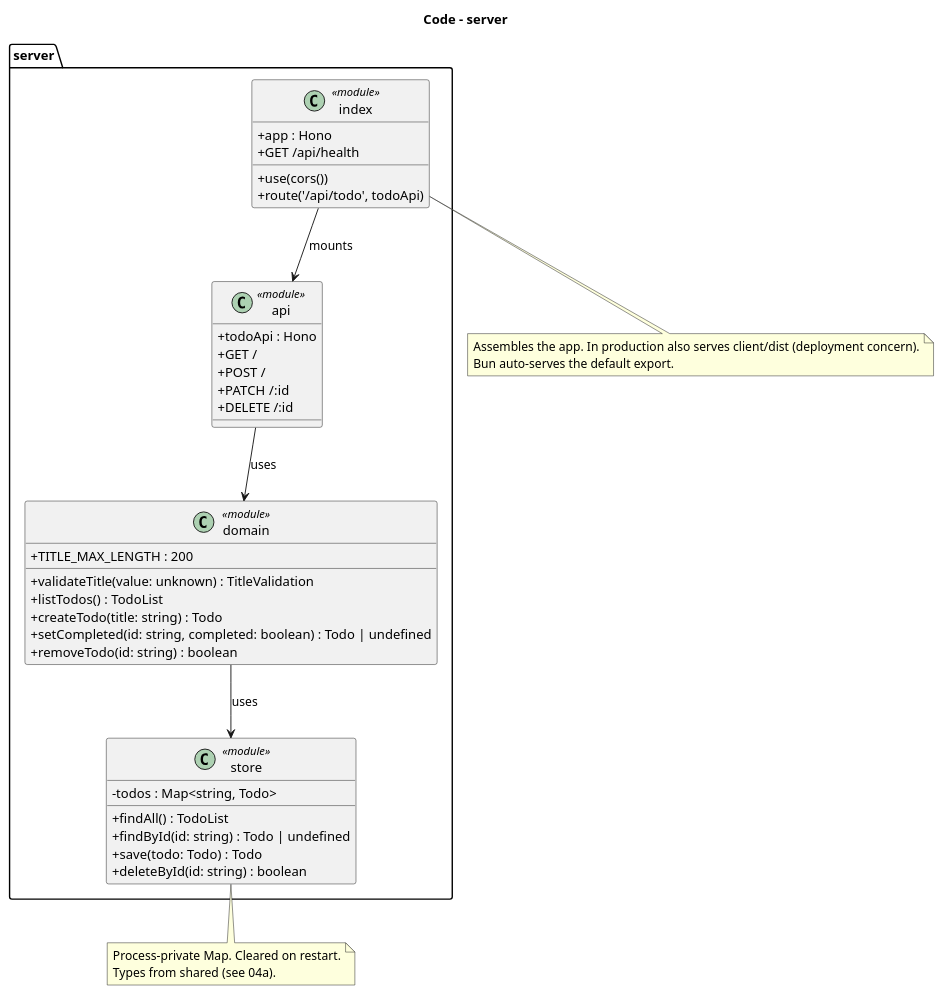
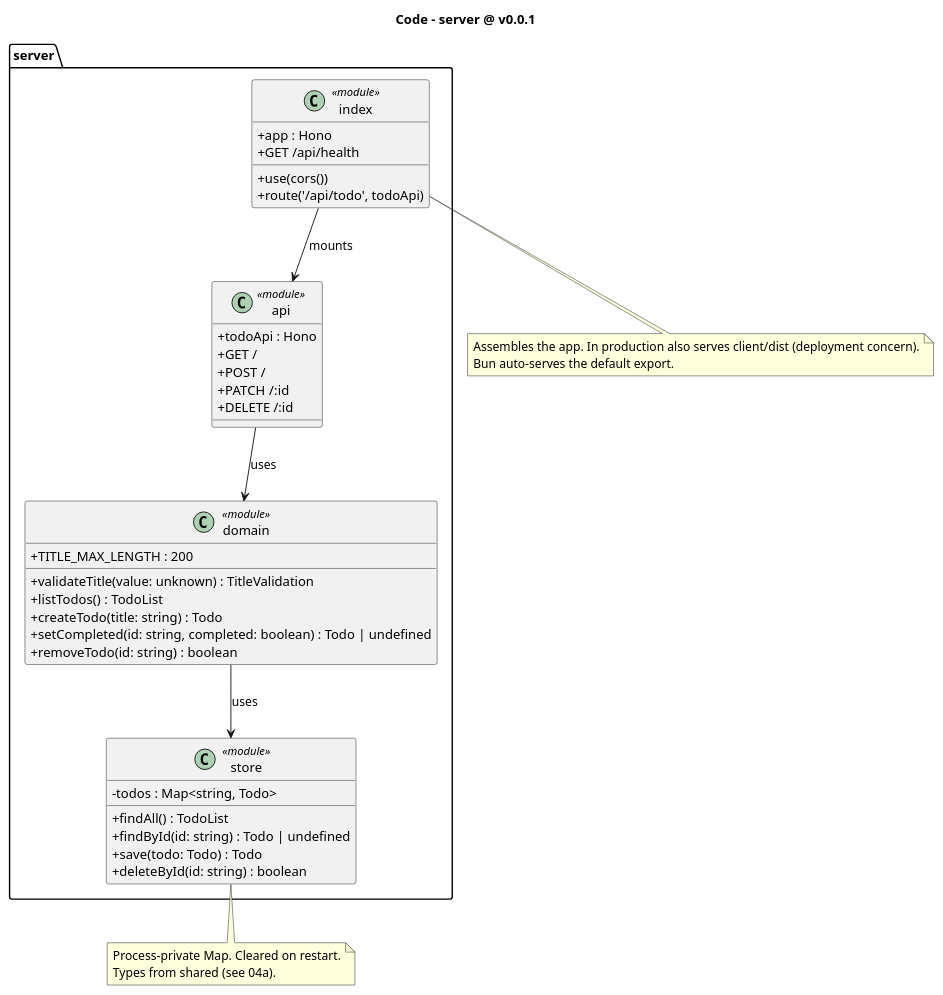
Before and after one commit to MemoryIt/todo: the diagram in docs/architecture/diagrams/04b-code-server.puml, drawn with PlantUML. The commit also changed 10 other files, not shown here.

Commit message:
docs(diagrams): add the v0.0.1 version anchor to diagram titles

```diff
--- a/docs/architecture/diagrams/04b-code-server.puml
+++ b/docs/architecture/diagrams/04b-code-server.puml
@@ -1,53 +1,53 @@
 @startuml
-title Code - server
+title Code - server @ v0.0.1
 skinparam classAttributeIconSize 0
 
 package "server" {
   class store <<module>> {
     -todos : Map<string, Todo>
     +findAll() : TodoList
     +findById(id: string) : Todo | undefined
     +save(todo: Todo) : Todo
     +deleteById(id: string) : boolean
   }
 
   class domain <<module>> {
     +TITLE_MAX_LENGTH : 200
     +validateTitle(value: unknown) : TitleValidation
     +listTodos() : TodoList
     +createTodo(title: string) : Todo
     +setCompleted(id: string, completed: boolean) : Todo | undefined
     +removeTodo(id: string) : boolean
   }
 
   class api <<module>> {
     +todoApi : Hono
     +GET /
     +POST /
     +PATCH /:id
     +DELETE /:id
   }
 
   class index <<module>> {
     +app : Hono
     +use(cors())
     +route('/api/todo', todoApi)
     +GET /api/health
   }
 }
 
 domain --> store : uses
 api --> domain : uses
 index --> api : mounts
 
 note bottom of store
   Process-private Map. Cleared on restart.
   Types from shared (see 04a).
 end note
 
 note bottom of index
   Assembles the app. In production also serves client/dist (deployment concern).
   Bun auto-serves the default export.
 end note
 
 @enduml
```
